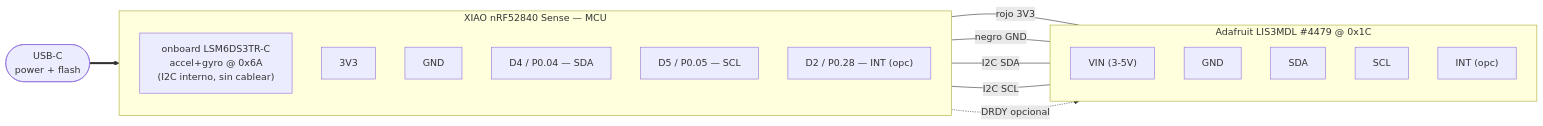
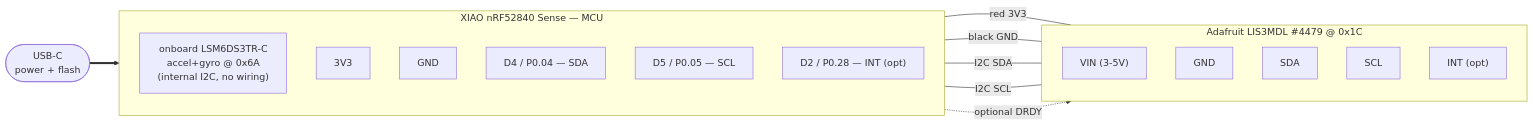
One commit to jacedeno/firefly-imu-node changed the diagram in firefly-imu-carrier/docs/breadboard-prototype.md. Above: the diagram before and after it, drawn with Mermaid. The commit also changed other lines of this file and 8 other files, not shown here.

````diff
--- a/firefly-imu-carrier/docs/breadboard-prototype.md
+++ b/firefly-imu-carrier/docs/breadboard-prototype.md
@@ -35,29 +35,29 @@
 ```mermaid
 graph LR
     USB(["USB-C<br/>power + flash"]) ==> XIAO
 
     subgraph XIAO["XIAO nRF52840 Sense — MCU"]
         direction TB
-        IMU["onboard LSM6DS3TR-C<br/>accel+gyro @ 0x6A<br/>(I2C interno, sin cablear)"]
+        IMU["onboard LSM6DS3TR-C<br/>accel+gyro @ 0x6A<br/>(internal I2C, no wiring)"]
         P3V3["3V3"]
         PGND["GND"]
         PD4["D4 / P0.04 — SDA"]
         PD5["D5 / P0.05 — SCL"]
-        PD2["D2 / P0.28 — INT (opc)"]
+        PD2["D2 / P0.28 — INT (opt)"]
     end
 
     subgraph MAG["Adafruit LIS3MDL #4479 @ 0x1C"]
         direction TB
         MVIN["VIN (3-5V)"]
         MGND["GND"]
         MSDA["SDA"]
         MSCL["SCL"]
-        MINT["INT (opc)"]
+        MINT["INT (opt)"]
     end
 
-    P3V3 ---|rojo 3V3| MVIN
-    PGND ---|negro GND| MGND
+    P3V3 ---|red 3V3| MVIN
+    PGND ---|black GND| MGND
     PD4  ---|I2C SDA| MSDA
     PD5  ---|I2C SCL| MSCL
-    PD2  -.->|DRDY opcional| MINT
+    PD2  -.->|optional DRDY| MINT
 ```
````
